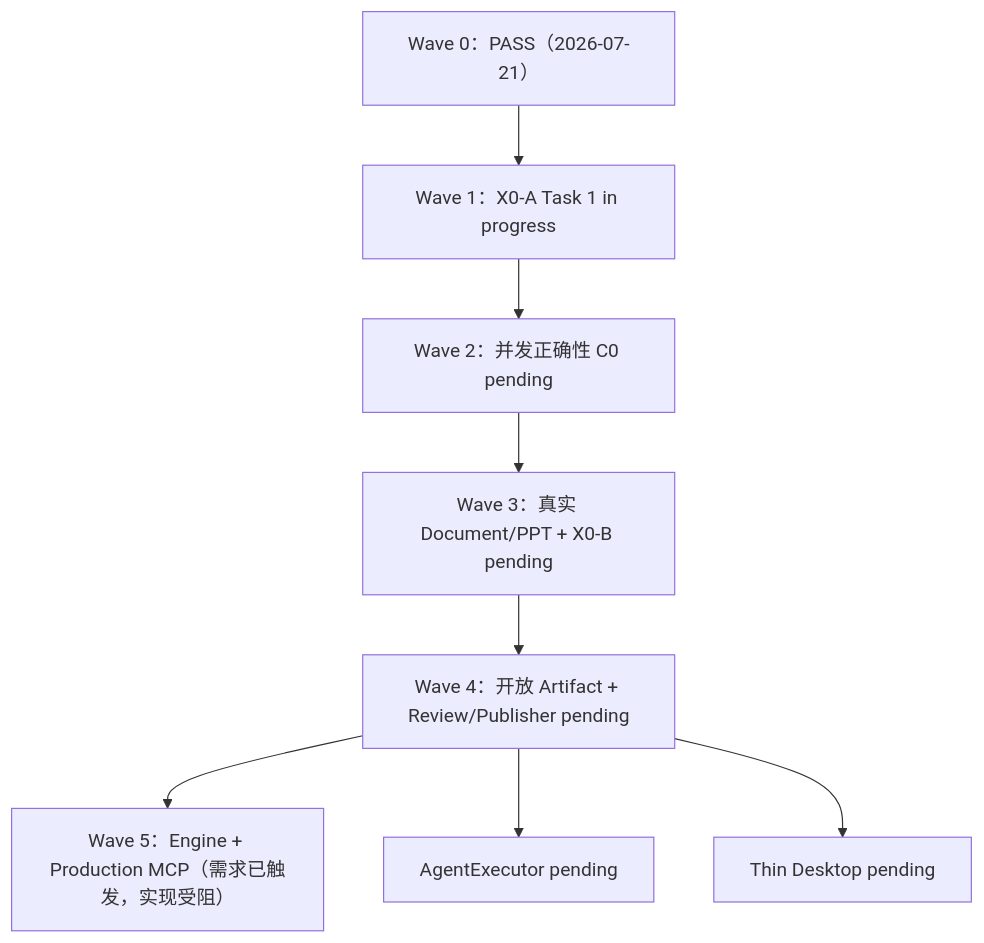
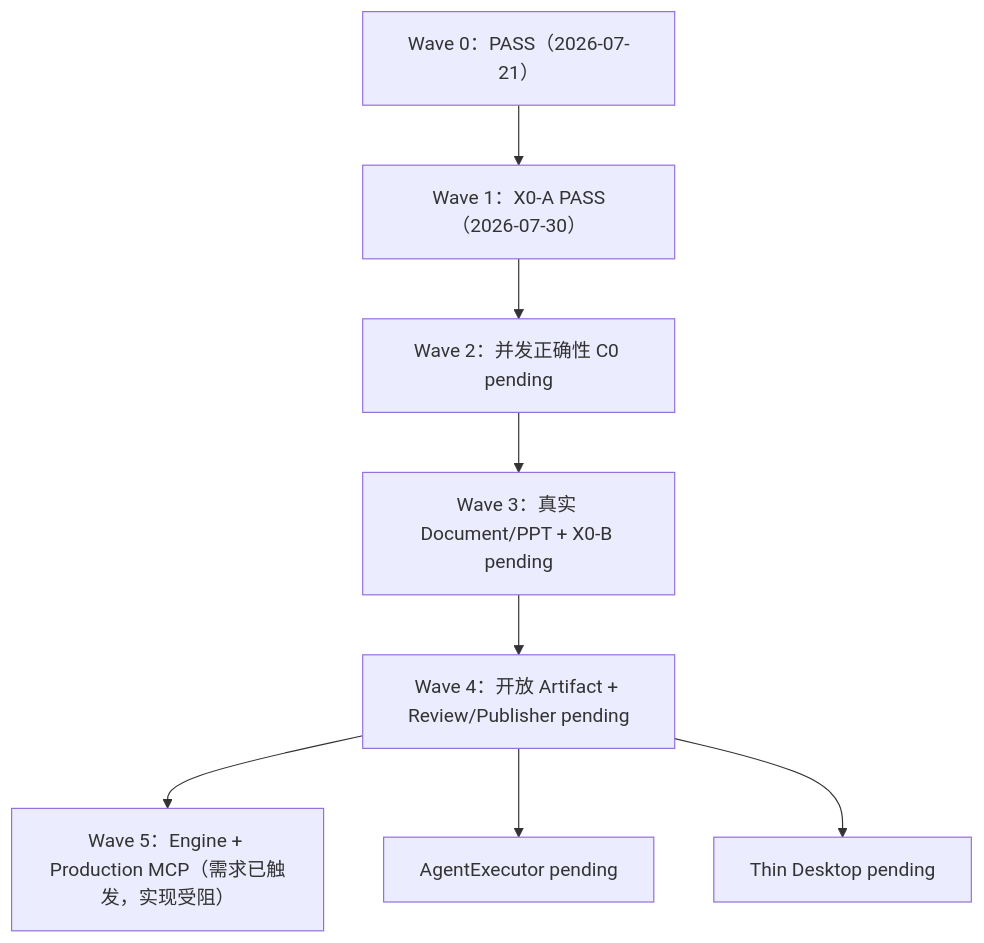
The diagram in docs/tasks/alltonote-master-tasks.md (xrunmasterx/AllToNote), drawn with Mermaid before and after one commit. The commit also changed other lines of this file and 4 other files, not shown here.

````diff
--- a/docs/tasks/alltonote-master-tasks.md
+++ b/docs/tasks/alltonote-master-tasks.md
@@ -709,10 +709,10 @@
 ```mermaid
 flowchart TD
-    W0["Wave 0：PASS（2026-07-21）"] --> X0A["Wave 1：X0-A Task 1 in progress"]
+    W0["Wave 0：PASS（2026-07-21）"] --> X0A["Wave 1：X0-A PASS（2026-07-30）"]
     X0A --> C0["Wave 2：并发正确性 C0 pending"]
     C0 --> DX0B["Wave 3：真实 Document/PPT + X0-B pending"]
     DX0B --> ARP["Wave 4：开放 Artifact + Review/Publisher pending"]
     ARP --> EN["Wave 5：Engine + Production MCP（需求已触发，实现受阻）"]
     ARP --> AX["AgentExecutor pending"]
     ARP --> TD["Thin Desktop pending"]
 ```
````
